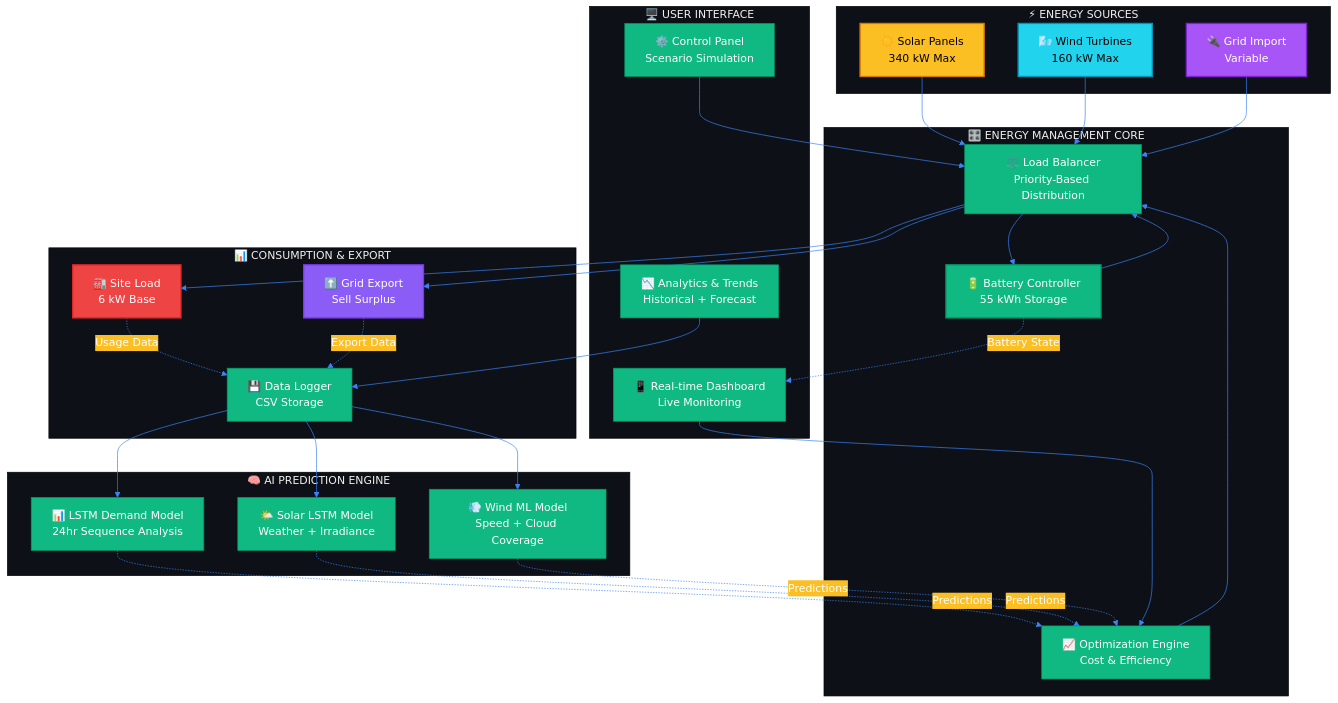
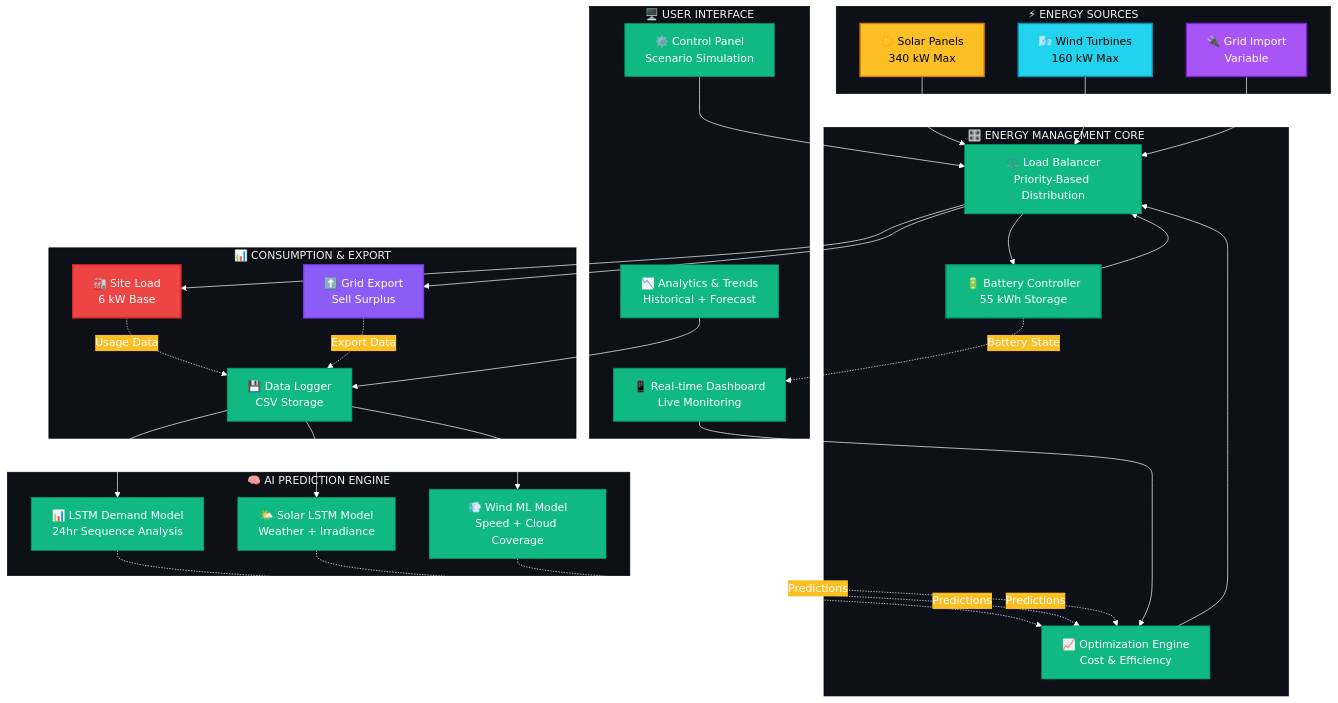
Before and after one commit to Alapan18/green-pulse: the first of 2 diagrams in README.md, drawn with Mermaid.

````diff
--- a/README.md
+++ b/README.md
@@ -85,67 +85,67 @@
 ```mermaid
-%%{init: {'theme':'base', 'themeVariables': { 'primaryColor':'#10b981','primaryTextColor':'#fff','primaryBorderColor':'#059669','lineColor':'#3b82f6','secondaryColor':'#fbbf24','tertiaryColor':'#0D1117'}}}%%
+%%{init: {'theme':'base', 'themeVariables': { 'primaryColor':'#10b981','primaryTextColor':'#fff','primaryBorderColor':'#059669','lineColor':'#ffffffff','secondaryColor':'#fbbf24','tertiaryColor':'#0D1117'}}}%%
 
 flowchart TB
     subgraph "⚡ ENERGY SOURCES"
         A1[☀️ Solar Panels<br/>340 kW Max]
         A2[🌬️ Wind Turbines<br/>160 kW Max]
         A3[🔌 Grid Import<br/>Variable]
     end
     
     subgraph "🧠 AI PREDICTION ENGINE"
         B1[📊 LSTM Demand Model<br/>24hr Sequence Analysis]
         B2[🌤️ Solar LSTM Model<br/>Weather + Irradiance]
         B3[💨 Wind ML Model<br/>Speed + Cloud Coverage]
     end
     
     subgraph "🎛️ ENERGY MANAGEMENT CORE"
         C1[⚖️ Load Balancer<br/>Priority-Based Distribution]
         C2[🔋 Battery Controller<br/>55 kWh Storage]
         C3[📈 Optimization Engine<br/>Cost & Efficiency]
     end
     
     subgraph "📊 CONSUMPTION & EXPORT"
         D1[🏭 Site Load<br/>6 kW Base]
         D2[⬆️ Grid Export<br/>Sell Surplus]
         D3[💾 Data Logger<br/>CSV Storage]
     end
     
     subgraph "🖥️ USER INTERFACE"
         E1[📱 Real-time Dashboard<br/>Live Monitoring]
         E2[📉 Analytics & Trends<br/>Historical + Forecast]
         E3[⚙️ Control Panel<br/>Scenario Simulation]
     end
 
     A1 --> C1
     A2 --> C1
     A3 --> C1
     
     B1 -.->|Predictions| C3
     B2 -.->|Predictions| C3
     B3 -.->|Predictions| C3
     
     C1 --> C2
     C2 --> C1
     C1 --> D1
     C1 --> D2
     
     C3 --> C1
     D3 --> B1
     D3 --> B2
     D3 --> B3
     
     E1 --> C3
     E2 --> D3
     E3 --> C1
     
     D1 -.->|Usage Data| D3
     D2 -.->|Export Data| D3
     C2 -.->|Battery State| E1
 
     style A1 fill:#fbbf24,stroke:#d97706,stroke-width:2px,color:#000
     style A2 fill:#22d3ee,stroke:#0891b2,stroke-width:2px,color:#000
     style A3 fill:#a855f7,stroke:#7e22ce,stroke-width:2px,color:#fff
     style C2 fill:#10b981,stroke:#059669,stroke-width:2px,color:#fff
     style D1 fill:#ef4444,stroke:#dc2626,stroke-width:2px,color:#fff
     style D2 fill:#8b5cf6,stroke:#7c3aed,stroke-width:2px,color:#fff
 ```
````
